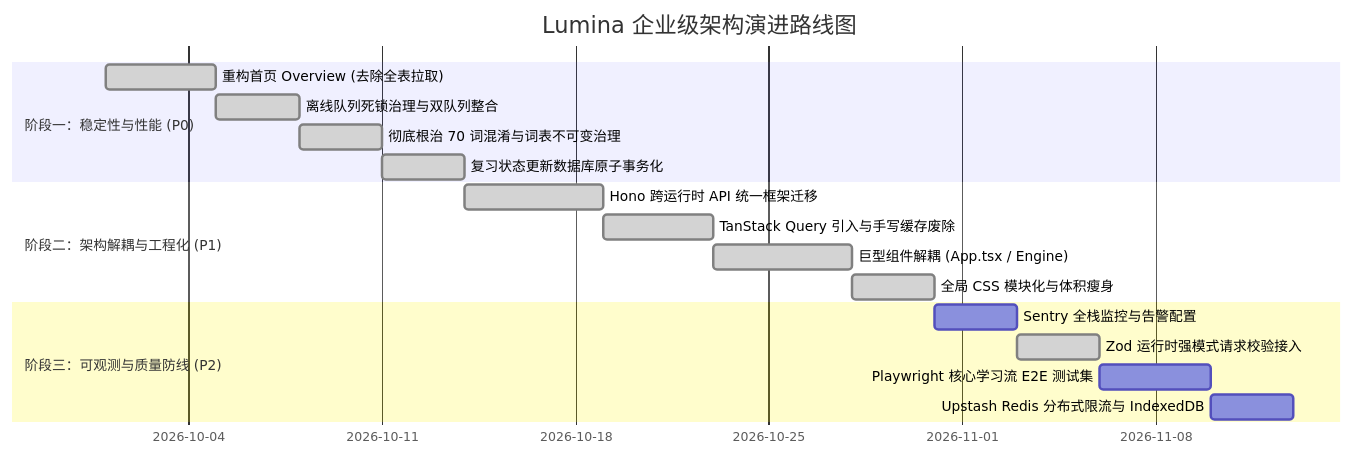
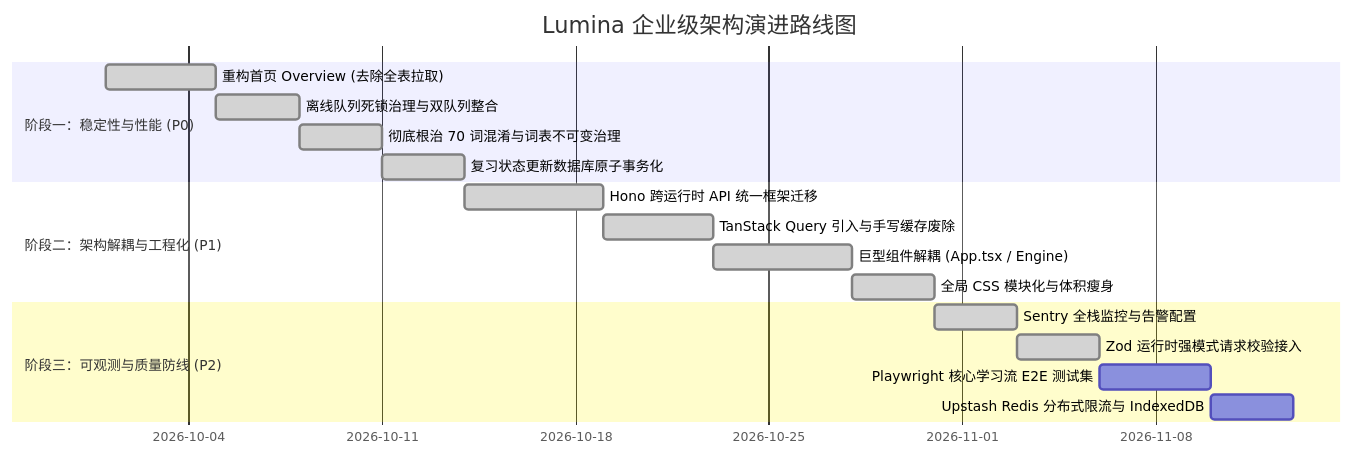
One commit to ZhangJunQiu-Alan/Lumina changed the diagram in docs/enterprise-refactoring-roadmap.md. Above: the diagram before and after it, drawn with Mermaid. The commit also changed other lines of this file and 11 other files, not shown here.

````diff
--- a/docs/enterprise-refactoring-roadmap.md
+++ b/docs/enterprise-refactoring-roadmap.md
@@ -580,22 +588,22 @@
 ```mermaid
 gantt
     title Lumina 企业级架构演进路线图
     dateFormat  YYYY-MM-DD
     section 阶段一：稳定性与性能 (P0)
     重构首页 Overview (去除全表拉取)     :done, p1_1, 2026-10-01, 4d
     离线队列死锁治理与双队列整合        :done, p1_2, 2026-10-05, 3d
     彻底根治 70 词混淆与词表不可变治理  :done, p1_3, 2026-10-08, 3d
     复习状态更新数据库原子事务化        :done, p1_4, 2026-10-11, 3d
     
     section 阶段二：架构解耦与工程化 (P1)
     Hono 跨运行时 API 统一框架迁移      :done, p2_1, 2026-10-14, 5d
     TanStack Query 引入与手写缓存废除   :done, p2_2, 2026-10-19, 4d
     巨型组件解耦 (App.tsx / Engine)    :done, p2_3, 2026-10-23, 5d
     全局 CSS 模块化与体积瘦身          :done, p2_4, 2026-10-28, 3d
 
     section 阶段三：可观测与质量防线 (P2)
-    Sentry 全栈监控与告警配置          :p3_1, 2026-10-31, 3d
+    Sentry 全栈监控与告警配置          :done, p3_1, 2026-10-31, 3d
     Zod 运行时强模式请求校验接入        :done, p3_2, 2026-11-03, 3d
     Playwright 核心学习流 E2E 测试集    :p3_3, 2026-11-06, 4d
     Upstash Redis 分布式限流与 IndexedDB:p3_4, 2026-11-10, 3d
 ```
````
